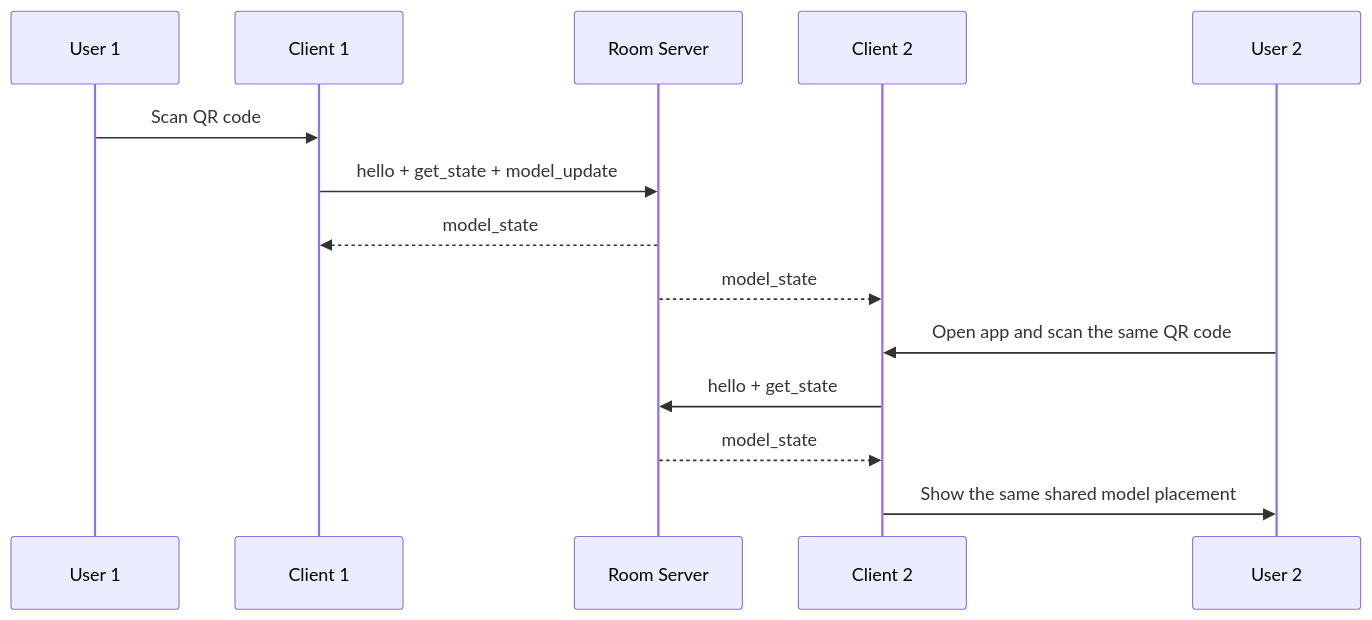
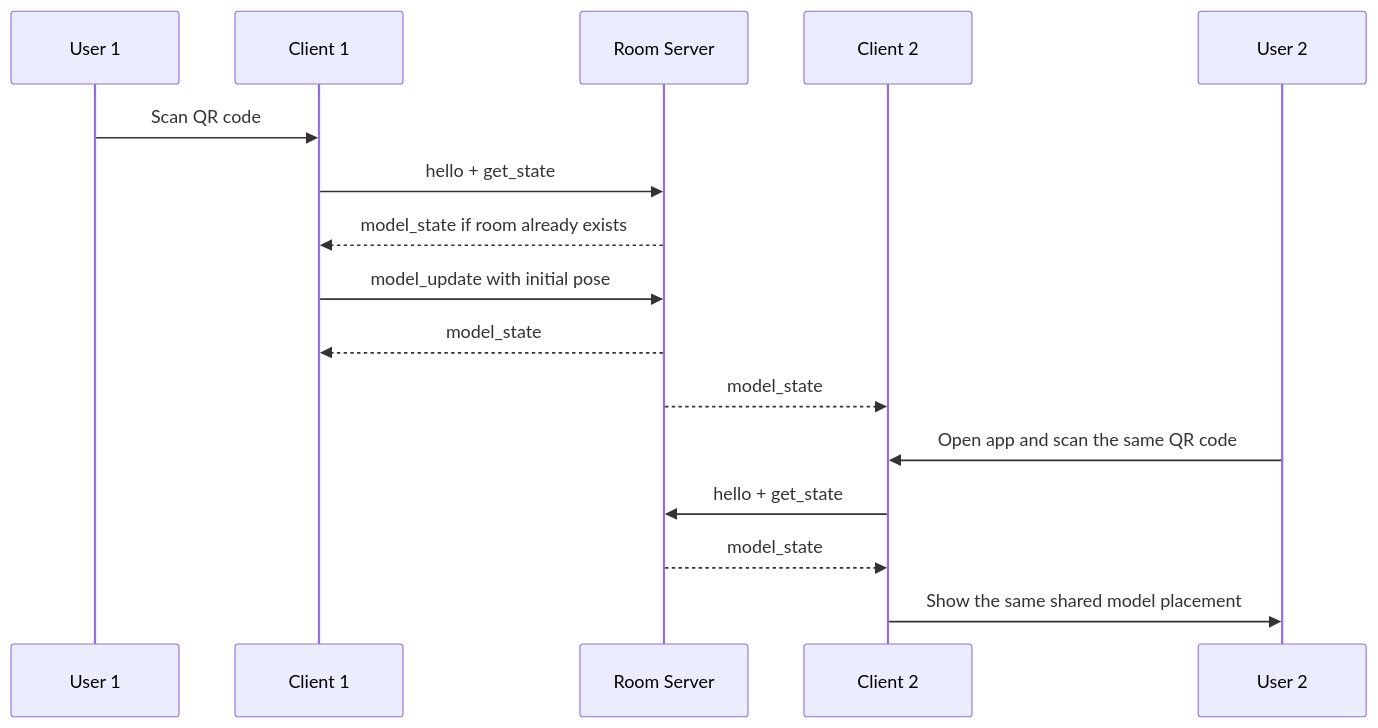
Before and after one commit to SaShi00/templateAR-iwsdk: the diagram in README.md, drawn with Mermaid. The commit also changed other lines of this file, not shown here.

````diff
--- a/README.md
+++ b/README.md
@@ -64,17 +46,19 @@
 ```mermaid
 sequenceDiagram
 	participant U1 as User 1
 	participant C1 as Client 1
 	participant S as Room Server
 	participant C2 as Client 2
 	participant U2 as User 2
 
 	U1->>C1: Scan QR code
-	C1->>S: hello + get_state + model_update
+	C1->>S: hello + get_state
+	S-->>C1: model_state if room already exists
+	C1->>S: model_update with initial pose
 	S-->>C1: model_state
 	S-->>C2: model_state
 	U2->>C2: Open app and scan the same QR code
 	C2->>S: hello + get_state
 	S-->>C2: model_state
 	C2->>U2: Show the same shared model placement
 ```
````
